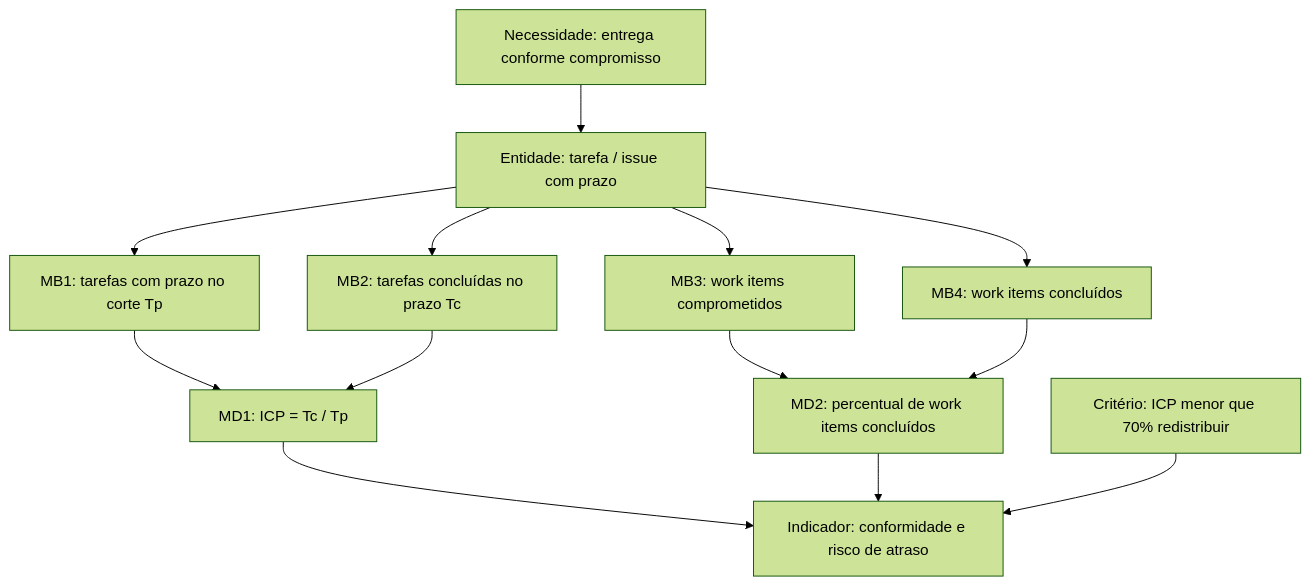
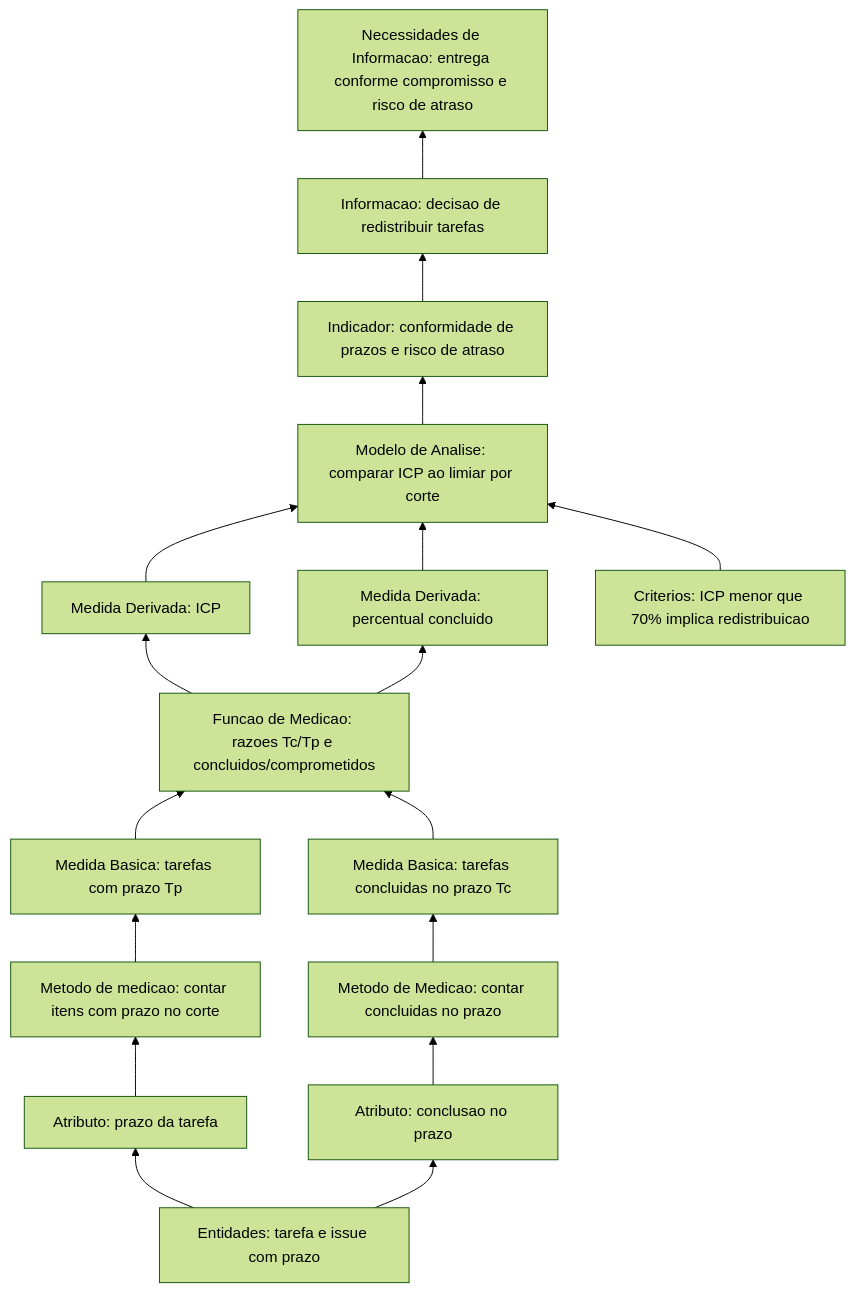
Before and after one commit to FCTE-Qualidade-de-Software-1/2026-2_T01_BETTY_SNYDER: the first of 2 diagrams in docs/gestao-psm/calendario-e-progresso.md, drawn with Mermaid (forest theme). The commit also changed other lines of this file and 5 other files, not shown here.

````diff
--- a/docs/gestao-psm/calendario-e-progresso.md
+++ b/docs/gestao-psm/calendario-e-progresso.md
@@ -15,25 +21,34 @@
 ```mermaid
-flowchart TB
-  need["Necessidade: entrega conforme compromisso"]
-  entity["Entidade: tarefa / issue com prazo"]
-  tp["MB1: tarefas com prazo no corte Tp"]
-  tc["MB2: tarefas concluídas no prazo Tc"]
-  wi_c["MB3: work items comprometidos"]
-  wi_d["MB4: work items concluídos"]
-  icp["MD1: ICP = Tc / Tp"]
-  pct["MD2: percentual de work items concluídos"]
-  ind["Indicador: conformidade e risco de atraso"]
-  crit["Critério: ICP menor que 70% redistribuir"]
-  need --> entity
-  entity --> tp
-  entity --> tc
-  entity --> wi_c
-  entity --> wi_d
-  tp --> icp
-  tc --> icp
-  wi_c --> pct
-  wi_d --> pct
-  icp --> ind
-  pct --> ind
-  crit --> ind
+flowchart BT
+  need["Necessidades de Informacao: entrega conforme compromisso e risco de atraso"]
+  info["Informacao: decisao de redistribuir tarefas"]
+  ind["Indicador: conformidade de prazos e risco de atraso"]
+  analise["Modelo de Analise: comparar ICP ao limiar por corte"]
+  crit["Criterios: ICP menor que 70% implica redistribuicao"]
+  md1["Medida Derivada: ICP"]
+  md2["Medida Derivada: percentual concluido"]
+  func["Funcao de Medicao: razoes Tc/Tp e concluidos/comprometidos"]
+  mb1["Medida Basica: tarefas com prazo Tp"]
+  mb2["Medida Basica: tarefas concluidas no prazo Tc"]
+  met1["Metodo de medicao: contar itens com prazo no corte"]
+  met2["Metodo de Medicao: contar concluidas no prazo"]
+  attr1["Atributo: prazo da tarefa"]
+  attr2["Atributo: conclusao no prazo"]
+  ent["Entidades: tarefa e issue com prazo"]
+  ent --> attr1
+  ent --> attr2
+  attr1 --> met1
+  attr2 --> met2
+  met1 --> mb1
+  met2 --> mb2
+  mb1 --> func
+  mb2 --> func
+  func --> md1
+  func --> md2
+  md1 --> analise
+  md2 --> analise
+  crit --> analise
+  analise --> ind
+  ind --> info
+  info --> need
 ```
````
